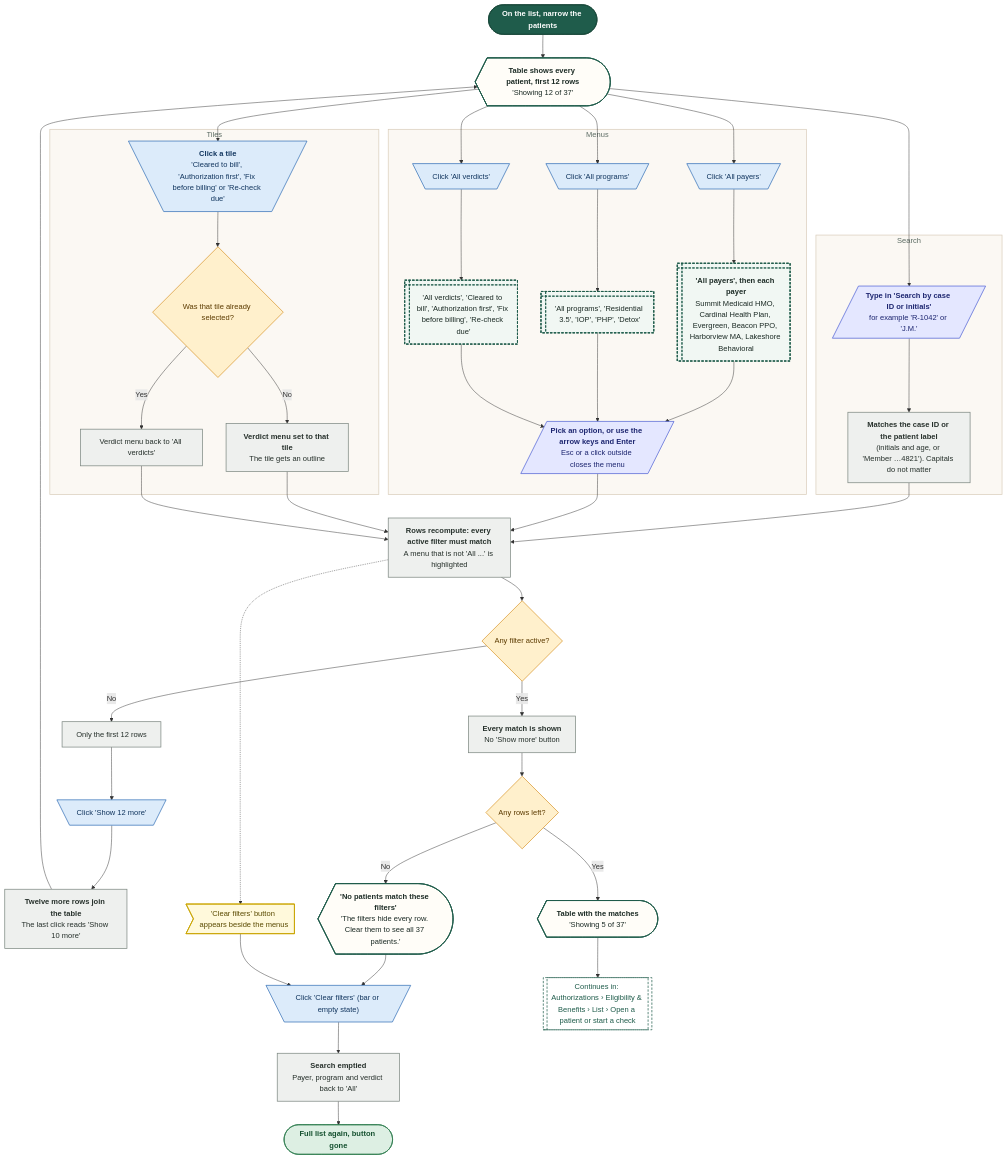
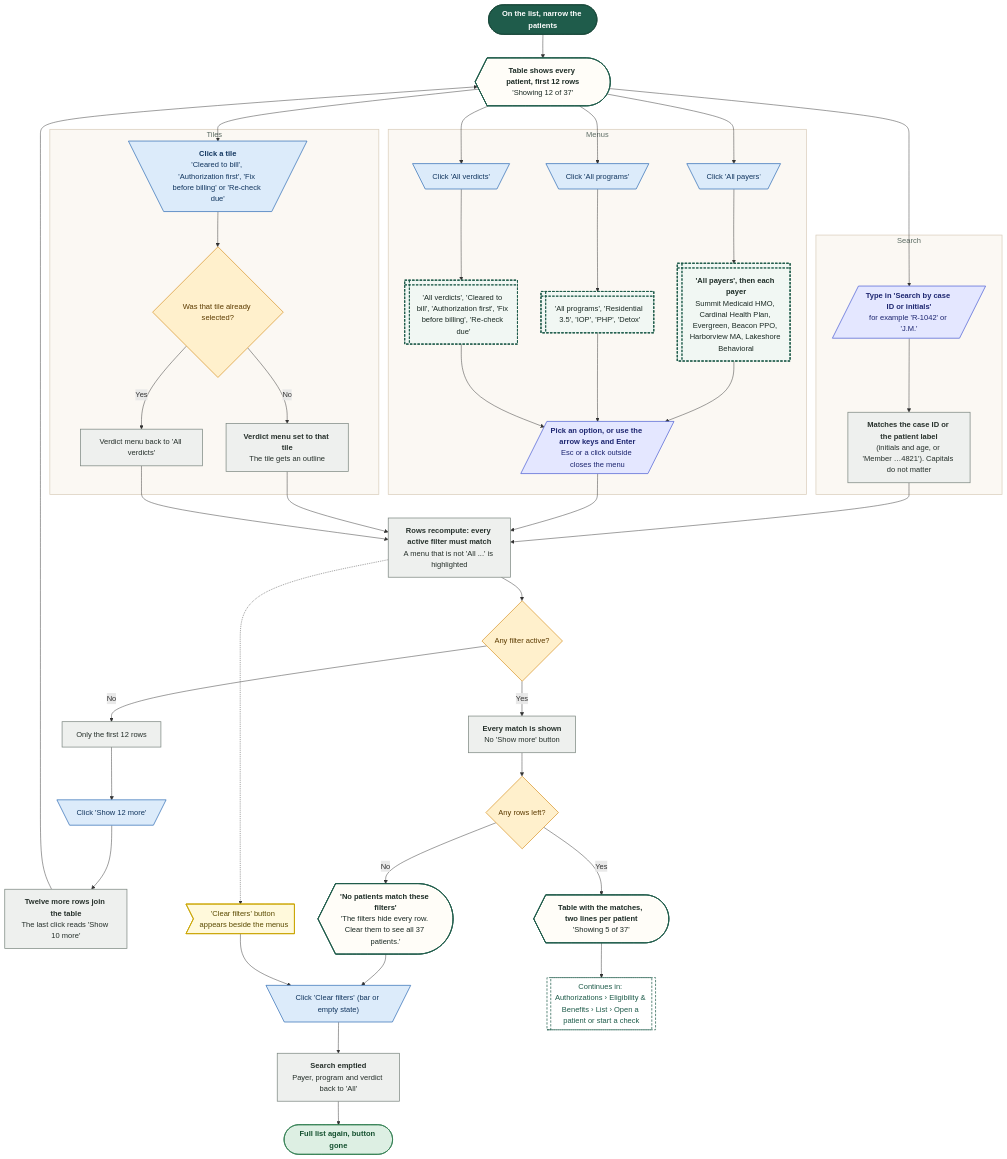
One commit to Shrav143/psyfloapp changed the second of 22 diagrams in demos/prior-auth-demo/workflows/out/md/05-eligibility.md. Above: the diagram before and after it, drawn with Mermaid. The commit also changed other lines of this file and 192 other files, not shown here.

First line of the commit message:
docs: changelog by sidebar tab; README, diagrams and Settings layout aligned with the refinement; shared InfoTip; referral cost-share line

```diff
--- a/demos/prior-auth-demo/workflows/out/md/05-eligibility.md
+++ b/demos/prior-auth-demo/workflows/out/md/05-eligibility.md
@@ -137,7 +140,7 @@
   p6@{ shape: rect, label: "Only the first 12 rows" }
   c5@{ shape: trap-t, label: "Click 'Show 12 more'" }
   p7@{ shape: rect, label: "<b>Twelve more rows join the table</b><br/>The last click reads 'Show 10 more'" }
-  sc1@{ shape: curv-trap, label: "<b>Table with the matches</b><br/>'Showing 5 of 37'" }
+  sc1@{ shape: curv-trap, label: "<b>Table with the matches, two lines per patient</b><br/>'Showing 5 of 37'" }
   t0@{ shape: odd, label: "'Clear filters' button appears beside the menus" }
   q3@{ shape: diam, label: "Any rows left?" }
   em@{ shape: curv-trap, label: "<b>'No patients match these filters'</b><br/>'The filters hide every row. Clear them to see all 37 patients.'" }
```
